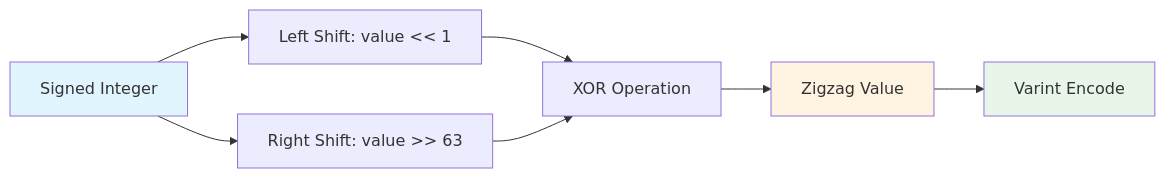
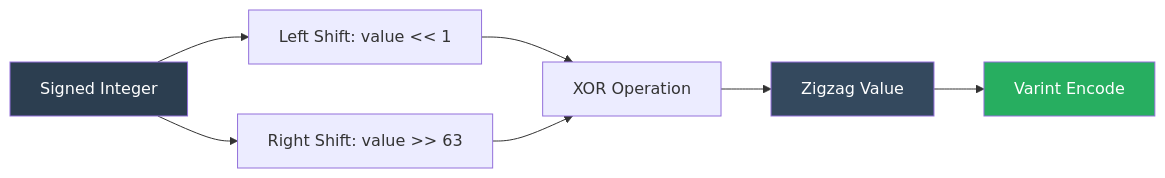
One commit to Mikedan37/BlazeBinary changed the third of 5 diagrams in Docs/SPECIFICATION.md. Above: the diagram before and after it, drawn with Mermaid. The commit also changed other lines of this file and 11 other files, not shown here.

First line of the commit message:
Improve Mermaid diagrams and code display formatting

````diff
--- a/Docs/SPECIFICATION.md
+++ b/Docs/SPECIFICATION.md
@@ -176,13 +176,13 @@
 ```mermaid
 flowchart LR
     A[Signed Integer] --> B[Left Shift: value << 1]
     A --> C[Right Shift: value >> 63]
     B --> D[XOR Operation]
     C --> D
     D --> E[Zigzag Value]
     E --> F[Varint Encode]
     
-    style A fill:#e1f5ff
-    style E fill:#fff4e1
-    style F fill:#e8f5e9
+    style A fill:#2c3e50,color:#ffffff
+    style E fill:#34495e,color:#ffffff
+    style F fill:#27ae60,color:#ffffff
 ```
````
